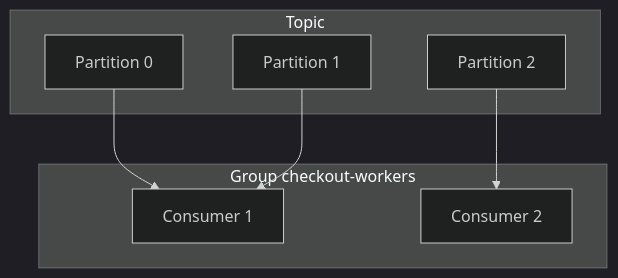
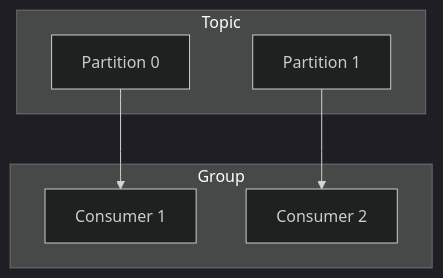
One commit to hareramcse/SystemDesign changed the eighth of 28 diagrams in 06-messaging-and-events/README.md. Above: the diagram before and after it, drawn with Mermaid (dark theme). The commit also changed other lines of this file, not shown here.

````diff
--- a/06-messaging-and-events/README.md
+++ b/06-messaging-and-events/README.md
@@ -540,15 +1381,13 @@
 ```mermaid
 flowchart TB
     subgraph Topic
         P0[Partition 0]
         P1[Partition 1]
-        P2[Partition 2]
     end
-    subgraph Group checkout-workers
+    subgraph Group
         C1[Consumer 1]
         C2[Consumer 2]
     end
     P0 --> C1
-    P1 --> C1
-    P2 --> C2
+    P1 --> C2
 ```
````
